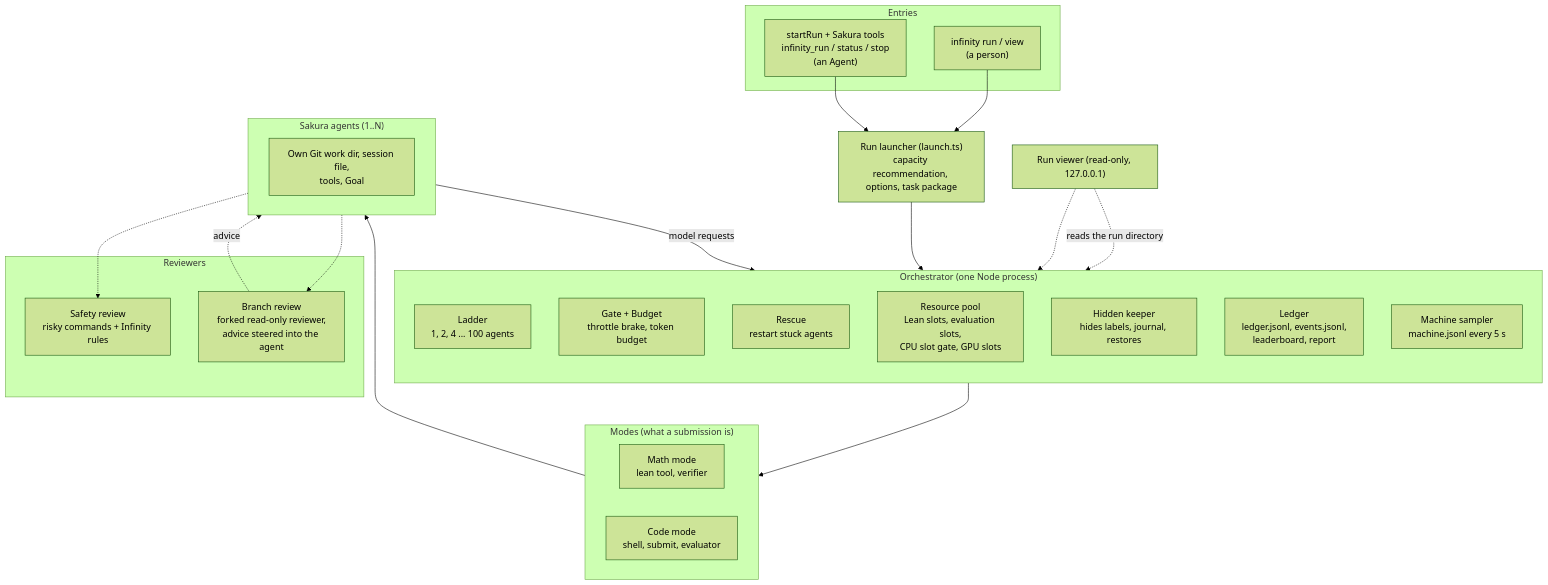
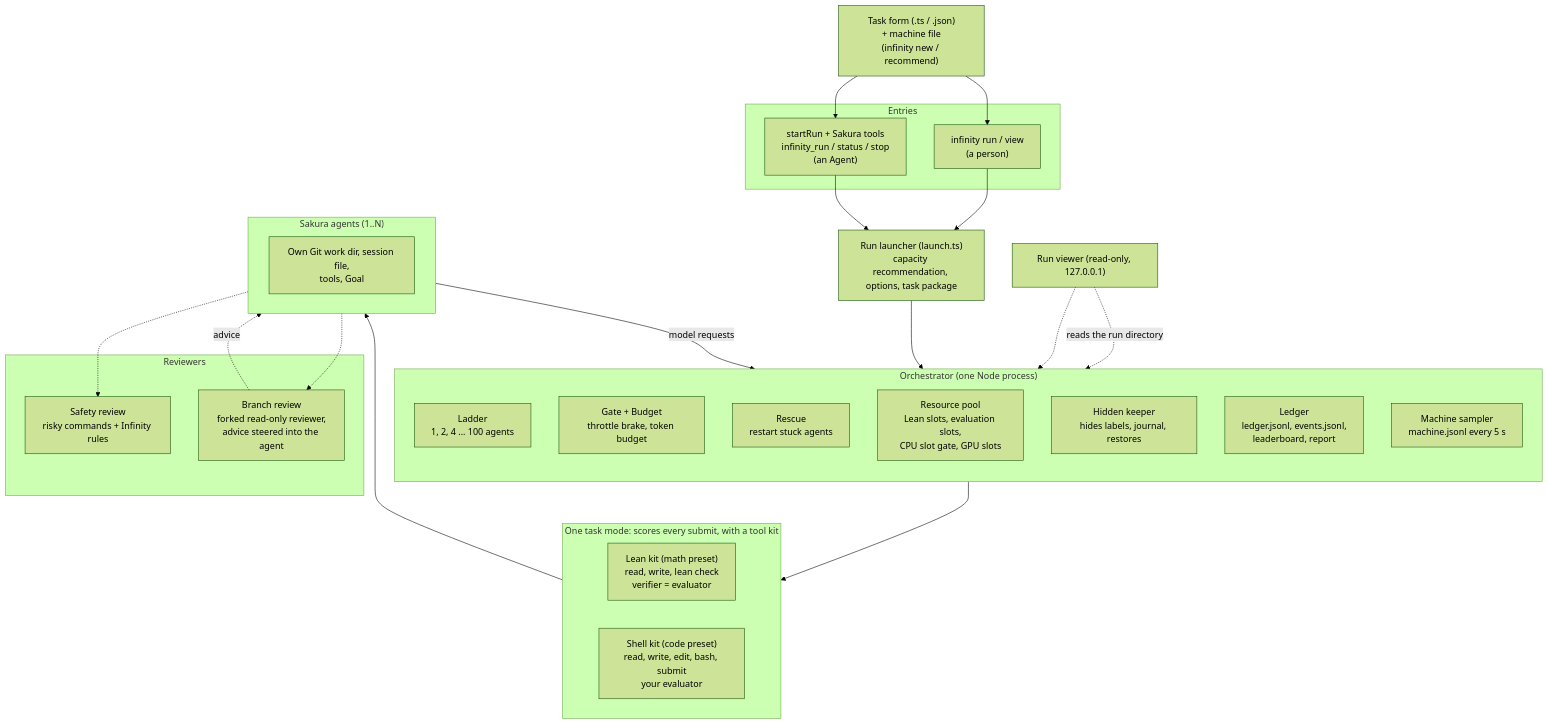
One commit to Vist233/infinity_Agents changed the first of 2 diagrams in README.md. Above: the diagram before and after it, drawn with Mermaid (forest theme). The commit also changed other lines of this file and 90 other files, not shown here.

````diff
--- a/README.md
+++ b/README.md
@@ -16,44 +16,46 @@
 ```mermaid
 flowchart TB
   subgraph Entries
     CLI["infinity run / view<br/>(a person)"]
     LIB["startRun + Sakura tools<br/>infinity_run / status / stop<br/>(an Agent)"]
   end
+  FORM["Task form (.ts / .json)<br/>+ machine file<br/>(infinity new / recommend)"] --> CLI
+  FORM --> LIB
   CLI --> LAUNCH
   LIB --> LAUNCH
   LAUNCH["Run launcher (launch.ts)<br/>capacity recommendation, options, task package"] --> ORCH
 
   subgraph ORCH["Orchestrator (one Node process)"]
     direction TB
     LADDER["Ladder<br/>1, 2, 4 ... 100 agents"]
     GATE["Gate + Budget<br/>throttle brake, token budget"]
     RESCUE["Rescue<br/>restart stuck agents"]
     POOL["Resource pool<br/>Lean slots, evaluation slots,<br/>CPU slot gate, GPU slots"]
     KEEPER["Hidden keeper<br/>hides labels, journal, restores"]
     LEDGER["Ledger<br/>ledger.jsonl, events.jsonl,<br/>leaderboard, report"]
     SAMPLER["Machine sampler<br/>machine.jsonl every 5 s"]
   end
 
   ORCH --> MODES
-  subgraph MODES["Modes (what a submission is)"]
-    MATH["Math mode<br/>lean tool, verifier"]
-    CODE["Code mode<br/>shell, submit, evaluator"]
+  subgraph MODES["One task mode: scores every submit, with a tool kit"]
+    MATH["Lean kit (math preset)<br/>read, write, lean check<br/>verifier = evaluator"]
+    CODE["Shell kit (code preset)<br/>read, write, edit, bash, submit<br/>your evaluator"]
   end
 
   subgraph AGENTS["Sakura agents (1..N)"]
     AG["Own Git work dir, session file,<br/>tools, Goal"]
   end
   MODES --> AGENTS
   AGENTS -->|"model requests"| GATE
 
   subgraph REVIEW["Reviewers"]
     SAFE["Safety review<br/>risky commands + Infinity rules"]
     BRANCH["Branch review<br/>forked read-only reviewer,<br/>advice steered into the agent"]
   end
   AGENTS -.-> SAFE
   AGENTS -.-> BRANCH
   BRANCH -.->|"advice"| AGENTS
 
   VIEWER["Run viewer (read-only, 127.0.0.1)"] -.->|"reads the run directory"| LEDGER
   VIEWER -.-> SAMPLER
 ```
````
